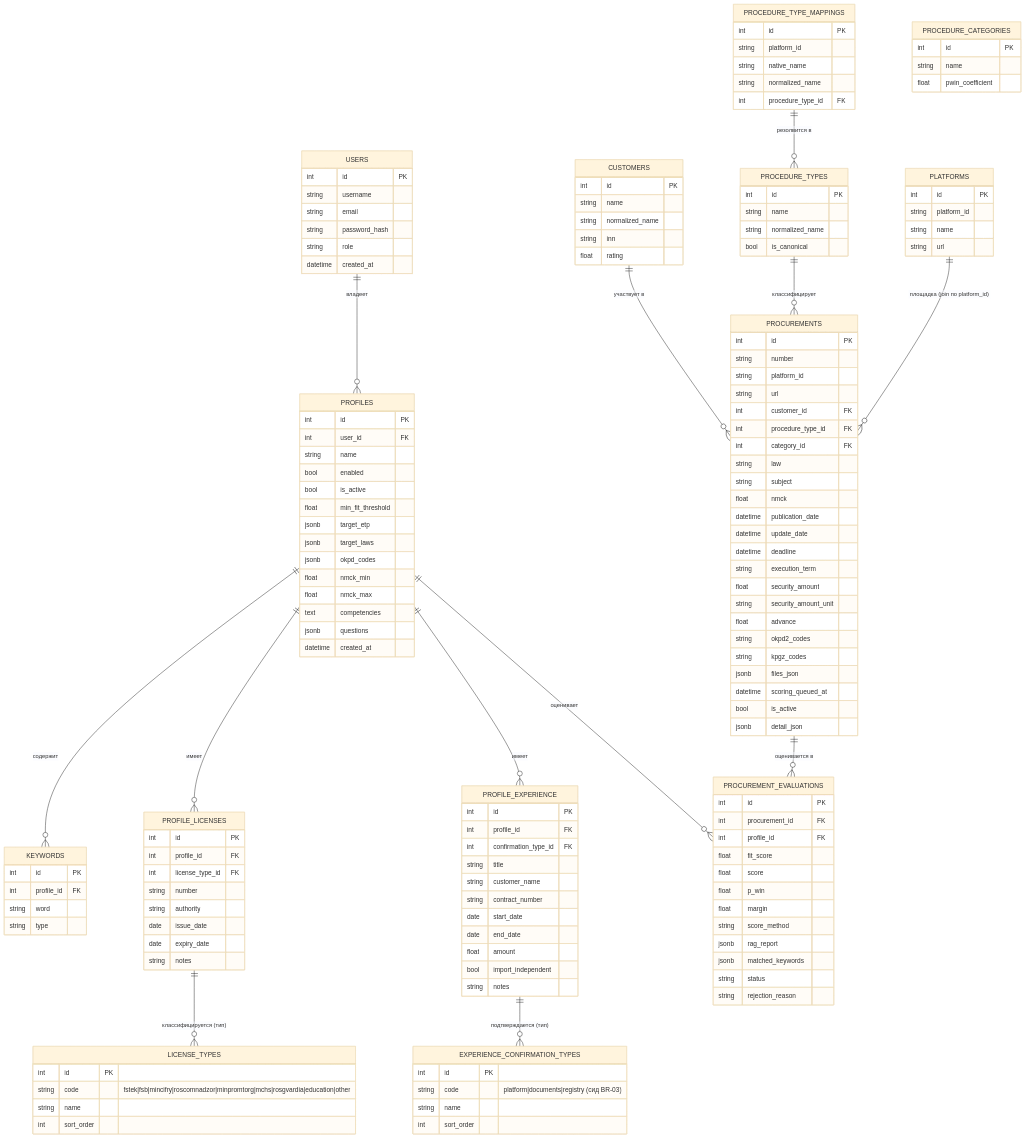
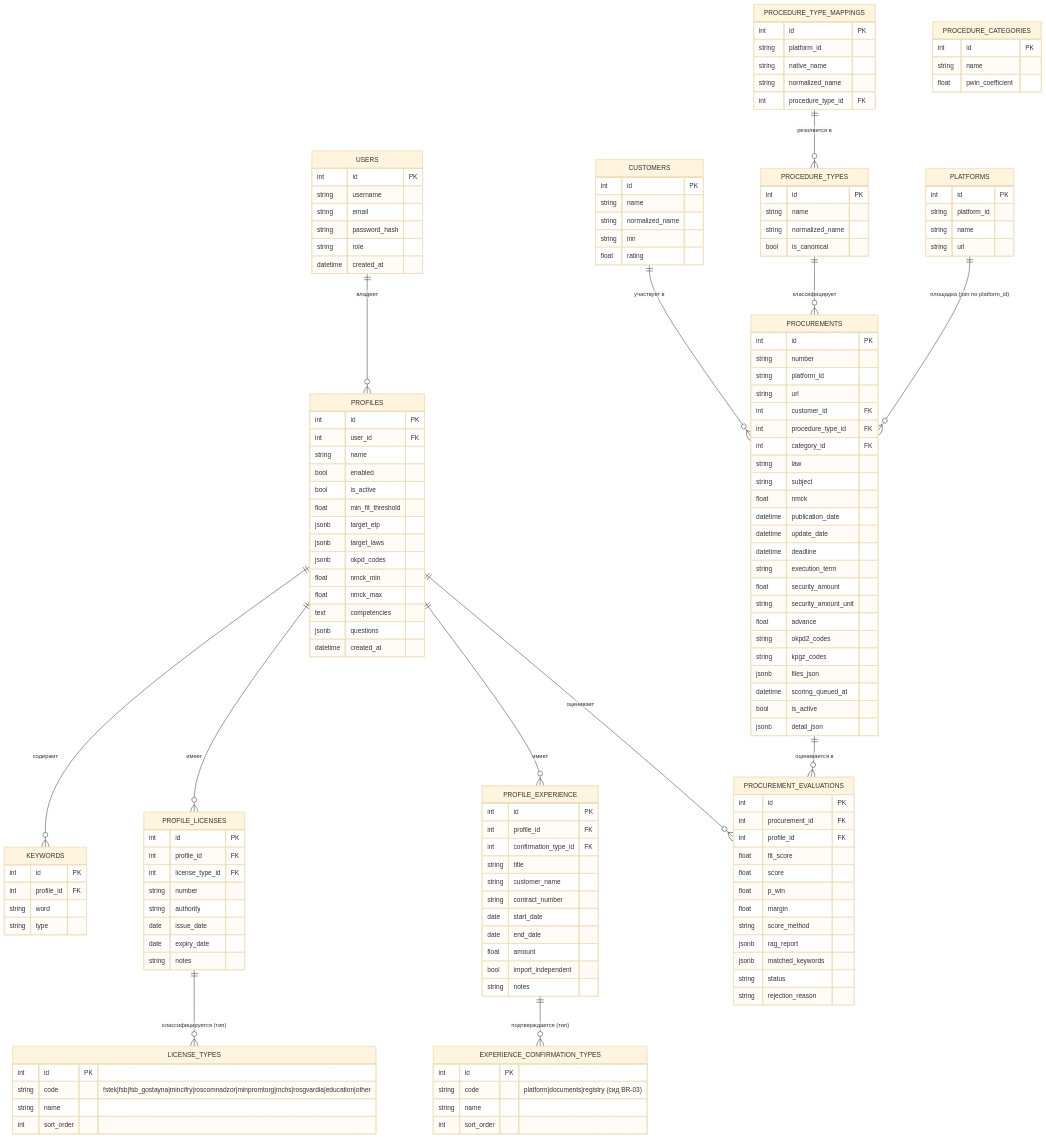
One commit to igorvolk1961/zakupki_parser changed the first of 2 diagrams in docs/system_analysis/04_Data_and_NFR/01_er_diagram.md. Above: the diagram before and after it, drawn with Mermaid (base theme). The commit also changed 7 other files, not shown here.

First line of the commit message:
feat(profile): отдельный тип лицензии ФСБ на гостайну (fsb_gostayna)

```diff
--- a/docs/system_analysis/04_Data_and_NFR/01_er_diagram.md
+++ b/docs/system_analysis/04_Data_and_NFR/01_er_diagram.md
@@ -57,7 +57,7 @@
 
     LICENSE_TYPES {
         int id PK
-        string code "fstek|fsb|mincifry|roscomnadzor|minpromtorg|mchs|rosgvardia|education|other"
+        string code "fstek|fsb|fsb_gostayna|mincifry|roscomnadzor|minpromtorg|mchs|rosgvardia|education|other"
         string name
         int sort_order
     }
```
